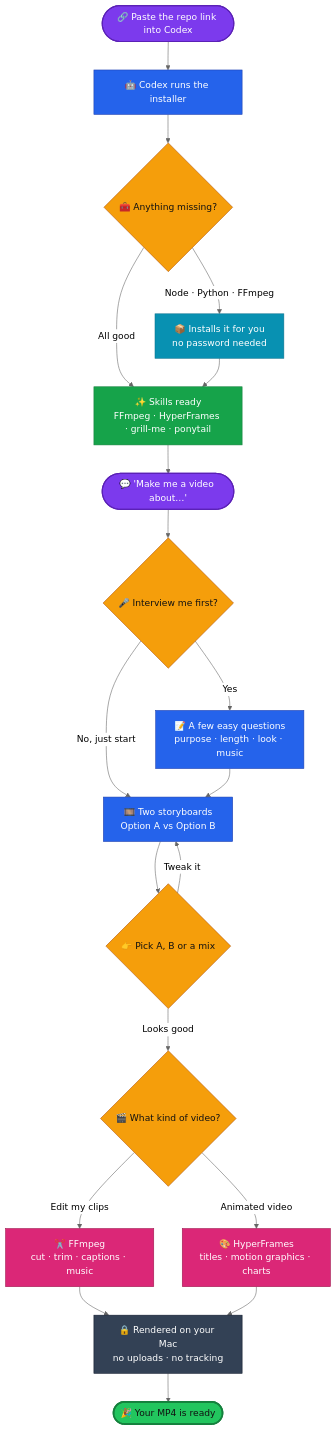
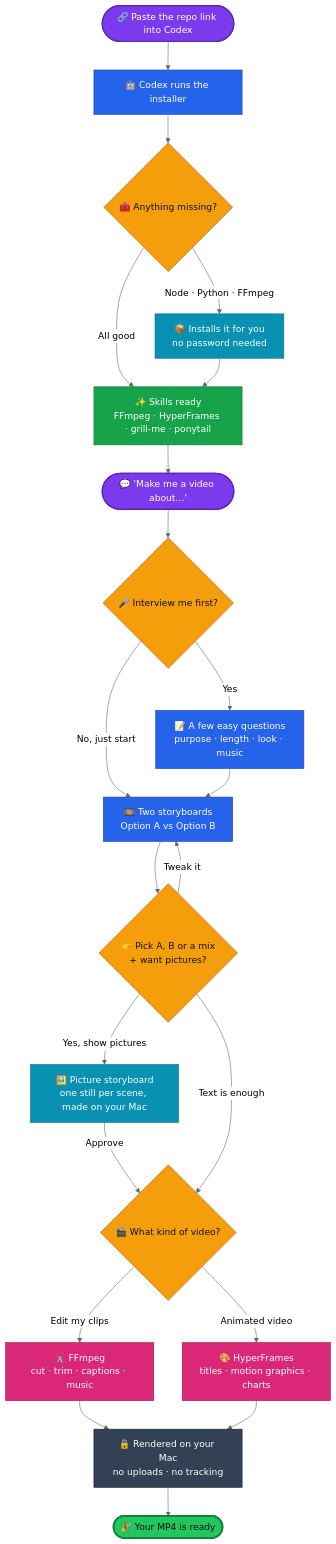
One commit to chanooooot/VDO-for-LTD changed the diagram in README.md. Above: the diagram before and after it, drawn with Mermaid (neutral theme). The commit also changed other lines of this file and 1 other file, not shown here.

Commit message:
Offer an optional picture storyboard
After the two text storyboards, video-kickoff asks whether the user wants
pictures: none, the chosen option, or both. HyperFrames videos use its
local storyboard recipe (snapshot + Storyboard tab); footage videos use
one FFmpeg frame per clip. Nothing leaves the Mac.

````diff
--- a/README.md
+++ b/README.md
@@ -11,30 +11,32 @@
 ```mermaid
 flowchart TD
     A(["🔗 Paste the repo link into Codex"]):::start --> B["🤖 Codex runs the installer"]:::agent
     B --> C{"🧰 Anything missing?"}:::check
     C -- "Node · Python · FFmpeg" --> D["📦 Installs it for you<br/>no password needed"]:::setup
     C -- "All good" --> E
     D --> E["✨ Skills ready<br/>FFmpeg · HyperFrames · grill-me · ponytail"]:::ready
     E --> F(["💬 'Make me a video about…'"]):::start
     F --> G{"🎤 Interview me first?"}:::check
     G -- "Yes" --> H["📝 A few easy questions<br/>purpose · length · look · music"]:::agent
     G -- "No, just start" --> S
     H --> S["🎞️ Two storyboards<br/>Option A vs Option B"]:::agent
-    S --> P{"👉 Pick A, B or a mix"}:::check
+    S --> P{"👉 Pick A, B or a mix<br/>+ want pictures?"}:::check
+    P -- "Yes, show pictures" --> V["🖼️ Picture storyboard<br/>one still per scene, made on your Mac"]:::setup
+    V -- "Approve" --> I
     P -- "Tweak it" --> S
-    P -- "Looks good" --> I{"🎬 What kind of video?"}:::check
+    P -- "Text is enough" --> I{"🎬 What kind of video?"}:::check
     I -- "Edit my clips" --> J["✂️ FFmpeg<br/>cut · trim · captions · music"]:::tool
     I -- "Animated video" --> K["🎨 HyperFrames<br/>titles · motion graphics · charts"]:::tool
     J --> L["🔒 Rendered on your Mac<br/>no uploads · no tracking"]:::safe
     K --> L
     L --> M(["🎉 Your MP4 is ready"]):::done
 
     classDef start fill:#7c3aed,stroke:#5b21b6,color:#fff,stroke-width:2px
     classDef agent fill:#2563eb,stroke:#1e40af,color:#fff
     classDef check fill:#f59e0b,stroke:#b45309,color:#111
     classDef setup fill:#0891b2,stroke:#0e7490,color:#fff
     classDef ready fill:#16a34a,stroke:#15803d,color:#fff
     classDef tool fill:#db2777,stroke:#9d174d,color:#fff
     classDef safe fill:#334155,stroke:#0f172a,color:#fff
     classDef done fill:#22c55e,stroke:#15803d,color:#111,stroke-width:3px
 ```
````
